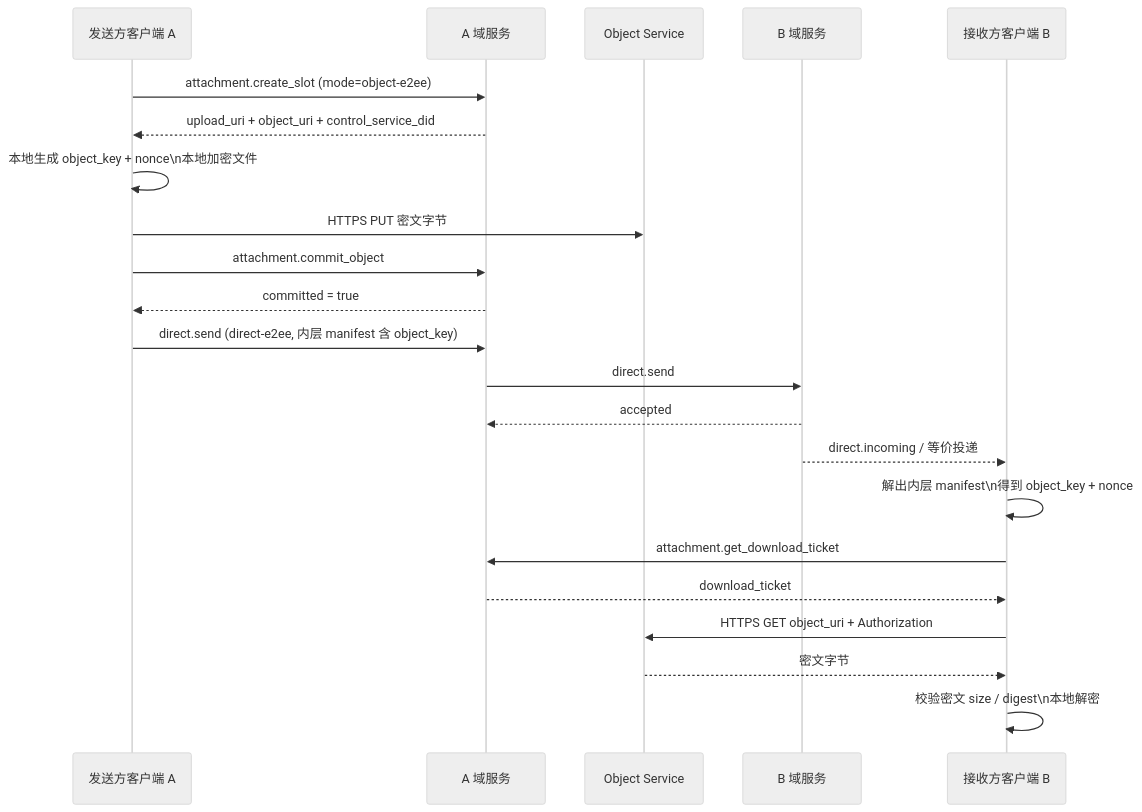
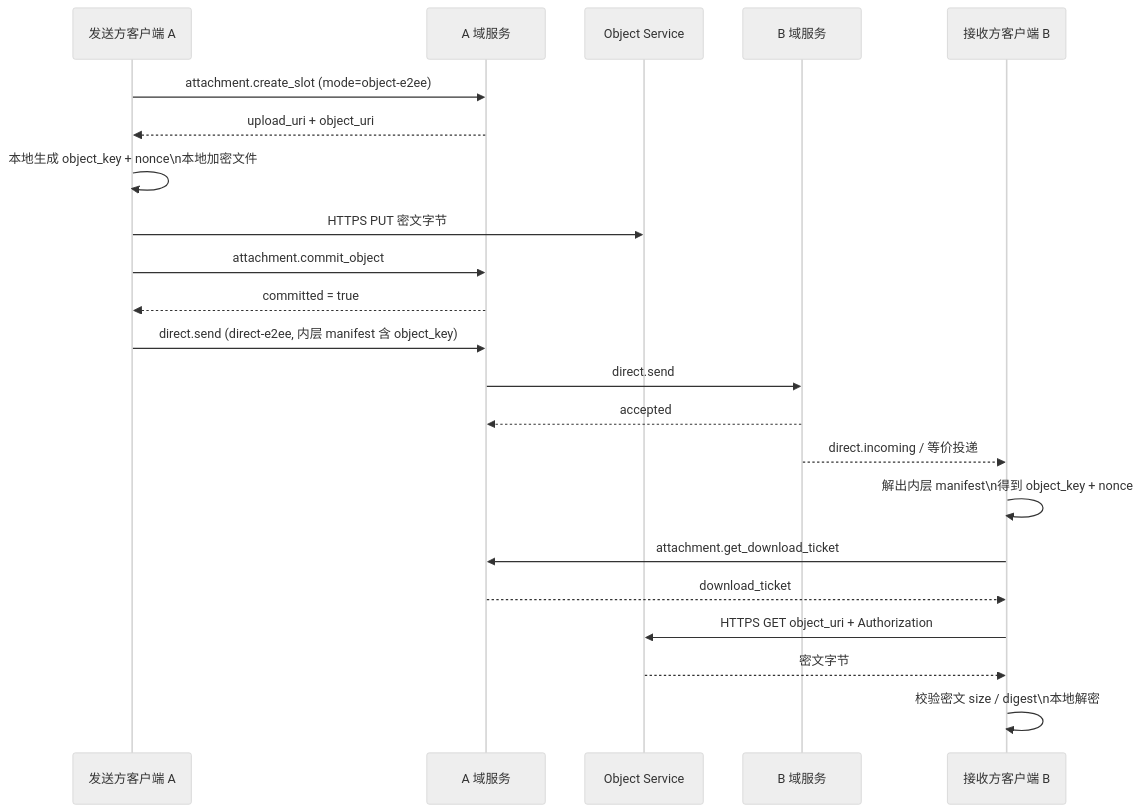
Before and after one commit to NeatNerdPrime/AgentNetworkProtocol: the third of 5 diagrams in chinese/message/07-附件与对象传输.md, drawn with Mermaid (neutral theme). The commit also changed other lines of this file and 3 other files, not shown here.

````diff
--- a/chinese/message/07-附件与对象传输.md
+++ b/chinese/message/07-附件与对象传输.md
@@ -220,25 +220,25 @@
 ```mermaid
 sequenceDiagram
     participant A as 发送方客户端 A
     participant AS as A 域服务
     participant OS as Object Service
     participant BS as B 域服务
     participant B as 接收方客户端 B
 
     A->>AS: attachment.create_slot (mode=object-e2ee)
-    AS-->>A: upload_uri + object_uri + control_service_did
+    AS-->>A: upload_uri + object_uri
     A->>A: 本地生成 object_key + nonce\n本地加密文件
     A->>OS: HTTPS PUT 密文字节
     A->>AS: attachment.commit_object
     AS-->>A: committed = true
     A->>AS: direct.send (direct-e2ee, 内层 manifest 含 object_key)
     AS->>BS: direct.send
     BS-->>AS: accepted
     BS-->>B: direct.incoming / 等价投递
     B->>B: 解出内层 manifest\n得到 object_key + nonce
     B->>AS: attachment.get_download_ticket
     AS-->>B: download_ticket
     B->>OS: HTTPS GET object_uri + Authorization
     OS-->>B: 密文字节
     B->>B: 校验密文 size / digest\n本地解密
 ```
````
